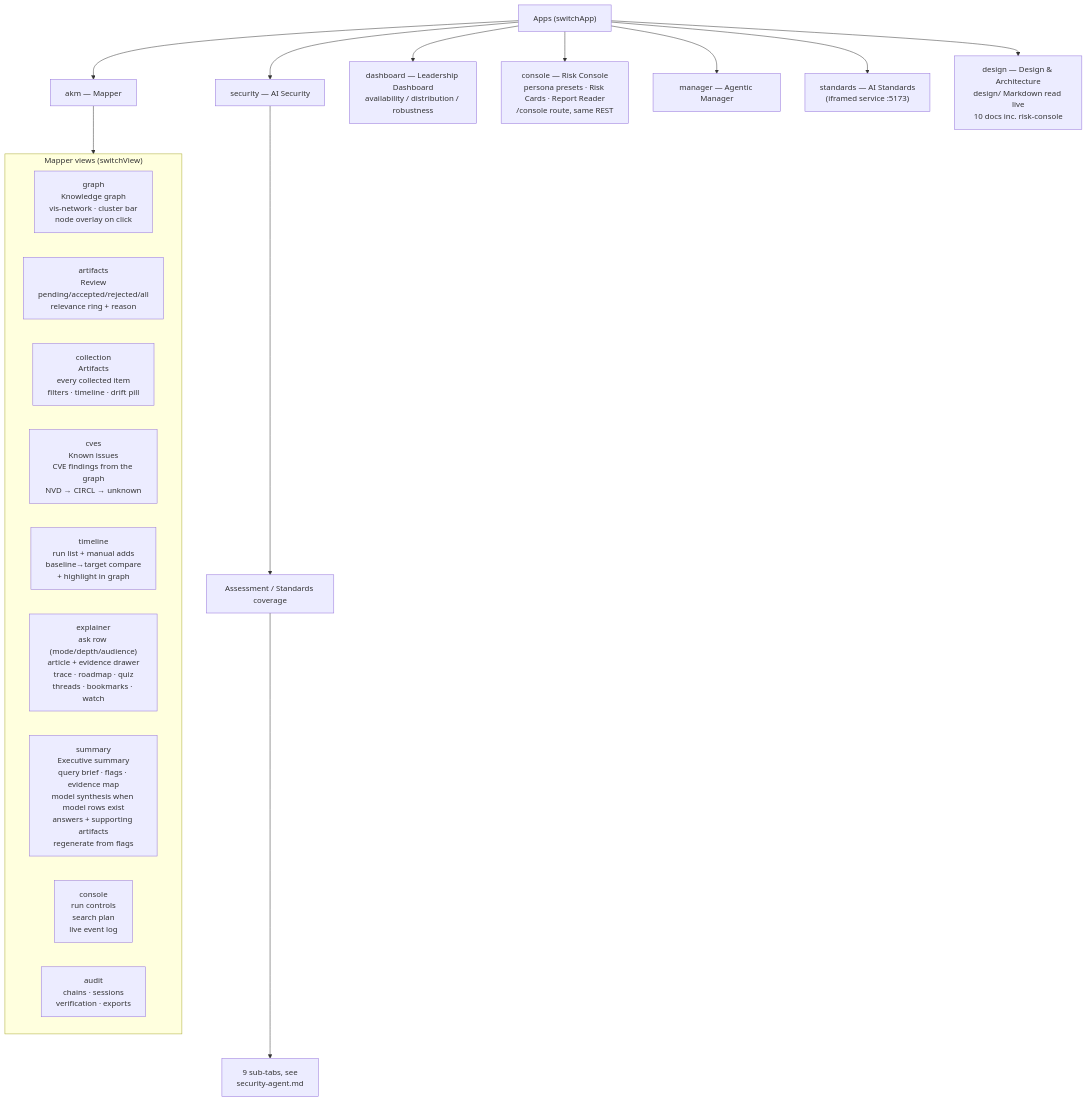
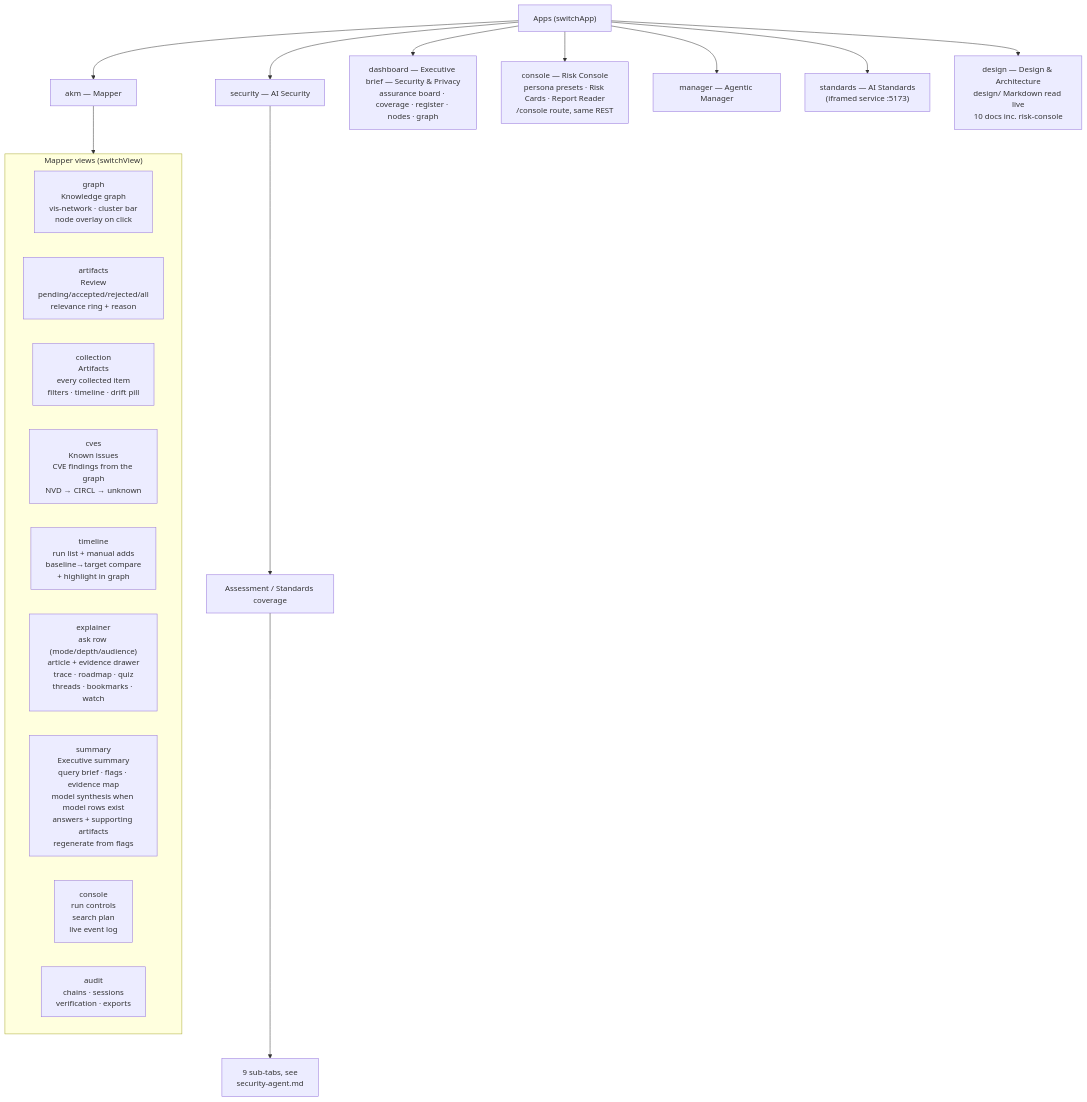
One commit to harishgovardhandamodar/agentic-knowledge-mapper changed the first of 2 diagrams in docs/frontend.md. Above: the diagram before and after it, drawn with Mermaid. The commit also changed other lines of this file and 12 other files, not shown here.

First line of the commit message:
README, docs and design tab: document the Executive brief and its new surfaces

````diff
--- a/docs/frontend.md
+++ b/docs/frontend.md
@@ -18,25 +18,25 @@
 ```mermaid
 flowchart TB
     APPS["Apps (switchApp)"]
     APPS --> AKM["akm — Mapper"]
     APPS --> SEC["security — AI Security"]
-    APPS --> DASH["dashboard — Leadership Dashboard<br/>availability / distribution / robustness"]
+    APPS --> DASH["dashboard — Executive brief — Security & Privacy<br/>assurance board · coverage · register · nodes · graph"]
     APPS --> CONS["console — Risk Console<br/>persona presets · Risk Cards · Report Reader<br/>/console route, same REST"]
     APPS --> MGR["manager — Agentic Manager"]
     APPS --> STD["standards — AI Standards<br/>(iframed service :5173)"]
     APPS --> DSG["design — Design & Architecture<br/>design/ Markdown read live<br/>10 docs inc. risk-console"]
     AKM --> TABS
     subgraph TABS["Mapper views (switchView)"]
         G["graph<br/>Knowledge graph<br/>vis-network · cluster bar<br/>node overlay on click"]
         R["artifacts<br/>Review<br/>pending/accepted/rejected/all<br/>relevance ring + reason"]
         CO["collection<br/>Artifacts<br/>every collected item<br/>filters · timeline · drift pill"]
         CV["cves<br/>Known issues<br/>CVE findings from the graph<br/>NVD → CIRCL → unknown"]
         TL["timeline<br/>run list + manual adds<br/>baseline→target compare<br/>+ highlight in graph"]
         E["explainer<br/>ask row (mode/depth/audience)<br/>article + evidence drawer<br/>trace · roadmap · quiz<br/>threads · bookmarks · watch"]
         SU["summary<br/>Executive summary<br/>query brief · flags · evidence map<br/>model synthesis when model rows exist<br/>answers + supporting artifacts<br/>regenerate from flags"]
         C["console<br/>run controls<br/>search plan<br/>live event log"]
         AU["audit<br/>chains · sessions<br/>verification · exports"]
     end
     SEC --> SECP["Assessment / Standards coverage"]
     SECP --> S1["9 sub-tabs, see<br/>security-agent.md"]
 ```
````
